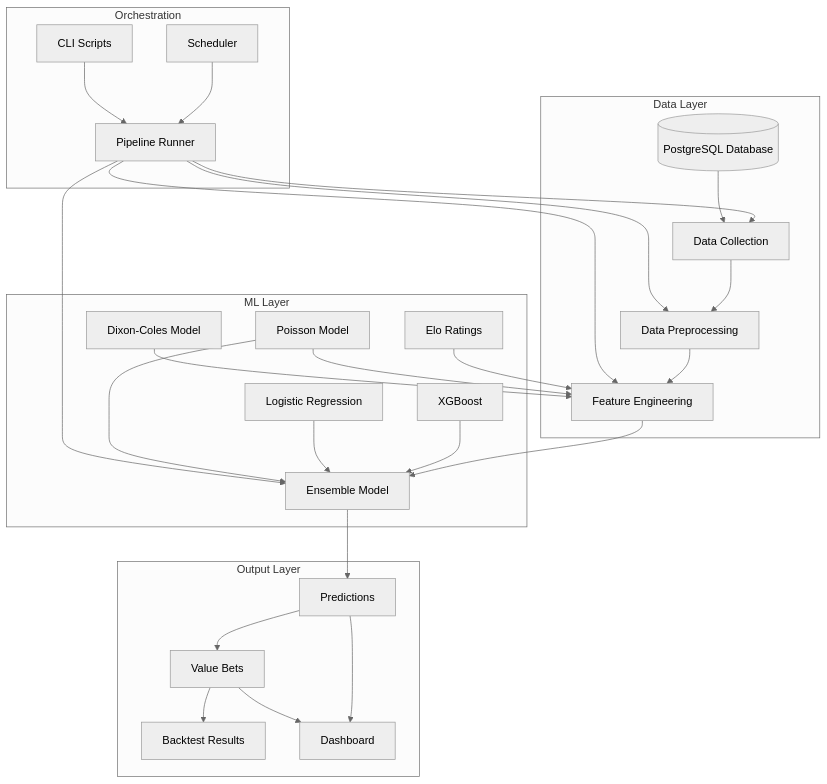
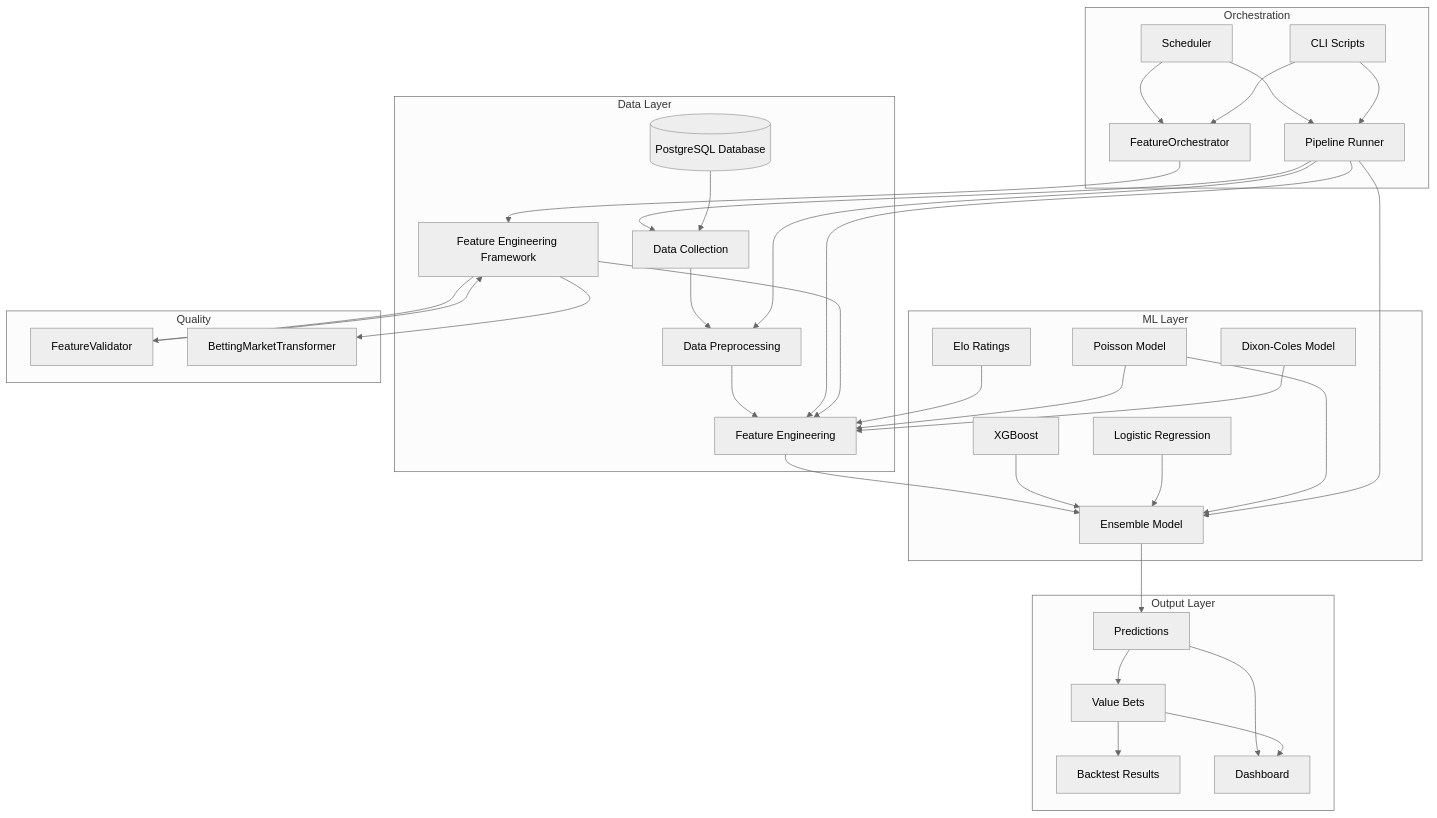
Before and after one commit to PyayOoKo/football-prediction: the first of 3 diagrams in docs/vault/Architecture Overview.md, drawn with Mermaid (neutral theme). The commit also changed other lines of this file and 12 other files, not shown here.

Commit message:
Update Obsidian vault with feature orchestrator, validation framework, and betting market docs

````diff
--- a/docs/vault/Architecture Overview.md
+++ b/docs/vault/Architecture Overview.md
@@ -19,52 +19,66 @@
 ```mermaid
 graph TB
     subgraph "Data Layer"
         DC[Data Collection]
         DP[Data Preprocessing]
         FE[Feature Engineering]
+        FEF[Feature Engineering Framework]
         DB[(PostgreSQL Database)]
     end
 
     subgraph "ML Layer"
         EL[Elo Ratings]
         PM[Poisson Model]
         DCX[Dixon-Coles Model]
         XGB[XGBoost]
         LR[Logistic Regression]
         ENS[Ensemble Model]
     end
 
     subgraph "Output Layer"
         PRED[Predictions]
         VB[Value Bets]
         BT[Backtest Results]
         DASH[Dashboard]
     end
 
     subgraph "Orchestration"
         PIP[Pipeline Runner]
+        ORCH[FeatureOrchestrator]
         SCH[Scheduler]
         CL[CLI Scripts]
+    end
+
+    subgraph "Quality"
+        VAL[FeatureValidator]
+        BM[BettingMarketTransformer]
     end
 
     DC --> DP --> FE
     FE --> ENS
     EL --> FE
     PM --> FE
     DCX --> FE
     XGB --> ENS
     LR --> ENS
     PM --> ENS
     ENS --> PRED
     PRED --> VB
     VB --> BT
     PIP --> DC
     PIP --> DP
     PIP --> FE
     PIP --> ENS
+    ORCH --> FEF
+    FEF --> FE
+    FEF --> VAL
+    FEF --> BM
+    VAL --> FEF
     SCH --> PIP
     CL --> PIP
+    SCH --> ORCH
+    CL --> ORCH
     DB --> DC
     PRED --> DASH
     VB --> DASH
 ```
````
